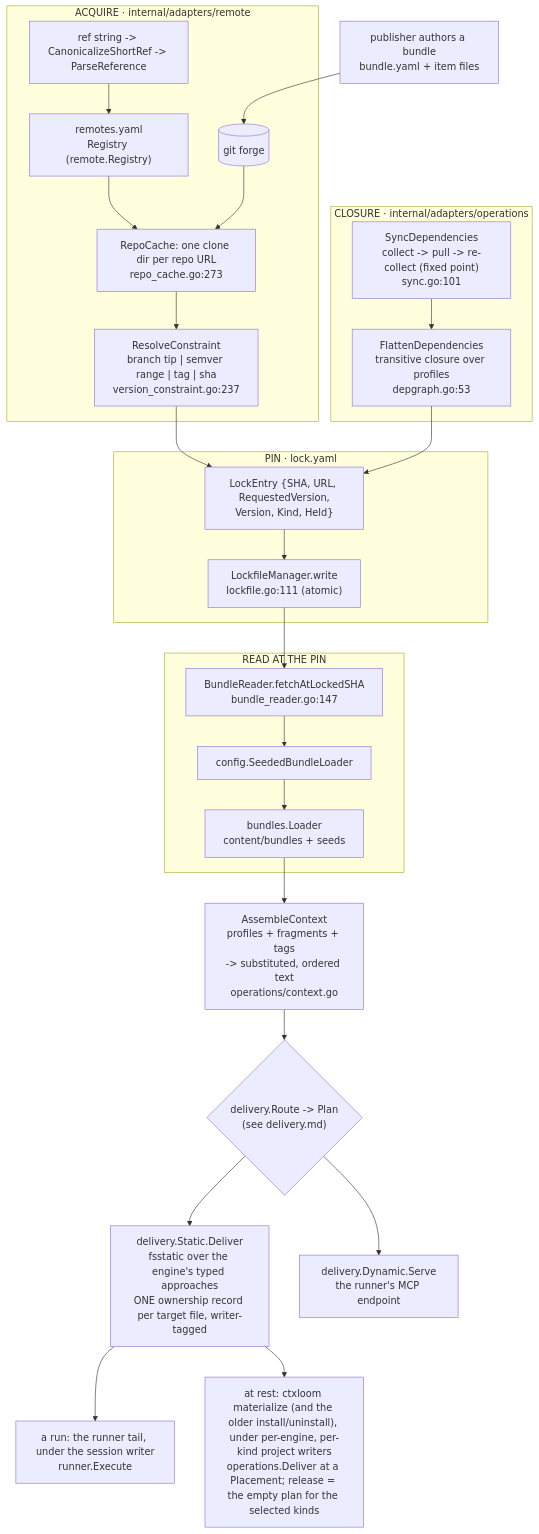
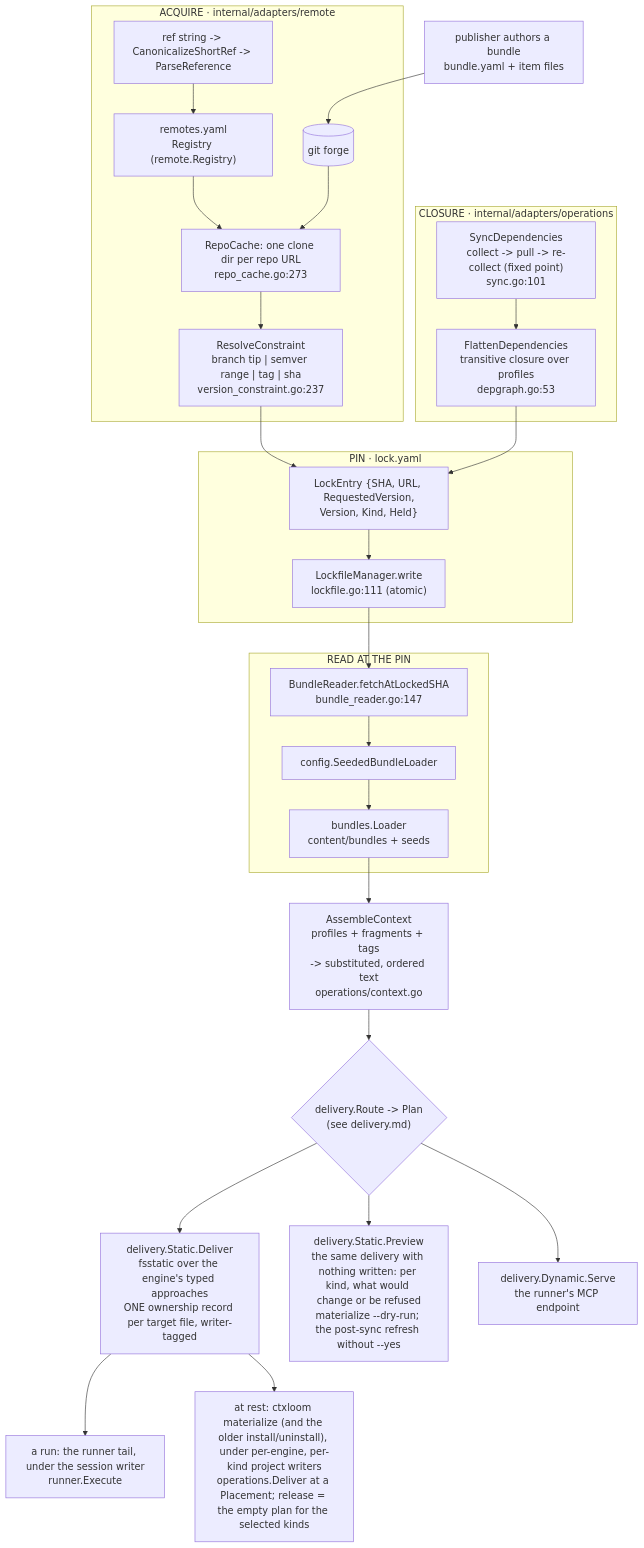
One commit to ctxloom/ctxloom changed the diagram in docs/architecture/core/README.md. Above: the diagram before and after it, drawn with Mermaid. The commit also changed 9 other files, not shown here.

````diff
--- a/docs/architecture/core/README.md
+++ b/docs/architecture/core/README.md
@@ -33,43 +33,44 @@
 ```mermaid
 flowchart TD
     AUTHOR["publisher authors a bundle<br/>bundle.yaml + item files"]
     AUTHOR --> FORGE[("git forge")]
 
     subgraph acquire["ACQUIRE · internal/adapters/remote"]
         REG["remotes.yaml<br/>Registry (remote.Registry)"]
         REF["ref string -> CanonicalizeShortRef -> ParseReference"]
         CACHE["RepoCache: one clone dir per repo URL<br/>repo_cache.go:273"]
         RESOLVE["ResolveConstraint<br/>branch tip | semver range | tag | sha<br/>version_constraint.go:237"]
         REF --> REG --> CACHE
         FORGE --> CACHE
         CACHE --> RESOLVE
     end
 
     subgraph pin["PIN · lock.yaml"]
         LOCK["LockEntry {SHA, URL, RequestedVersion,<br/>Version, Kind, Held}"]
         WRITE["LockfileManager.write<br/>lockfile.go:111 (atomic)"]
         RESOLVE --> LOCK --> WRITE
     end
 
     subgraph closure["CLOSURE · internal/adapters/operations"]
         SYNC["SyncDependencies<br/>collect -> pull -> re-collect (fixed point)<br/>sync.go:101"]
         FLAT["FlattenDependencies<br/>transitive closure over profiles<br/>depgraph.go:53"]
         SYNC --> FLAT --> LOCK
     end
 
     subgraph read["READ AT THE PIN"]
         BR["BundleReader.fetchAtLockedSHA<br/>bundle_reader.go:147"]
         SEED["config.SeededBundleLoader"]
         LOADER["bundles.Loader<br/>content/bundles + seeds"]
         WRITE --> BR --> SEED --> LOADER
     end
 
     LOADER --> ASM["AssembleContext<br/>profiles + fragments + tags<br/>-> substituted, ordered text<br/>operations/context.go"]
 
     ASM --> DELIVER{"delivery.Route -> Plan<br/>(see delivery.md)"}
     DELIVER --> STATIC["delivery.Static.Deliver<br/>fsstatic over the engine's typed approaches<br/>ONE ownership record per target file, writer-tagged"]
     STATIC --> RUN["a run: the runner tail, under the session writer<br/>runner.Execute"]
     STATIC --> MAT["at rest: ctxloom materialize (and the older install/uninstall), under per-engine, per-kind project writers<br/>operations.Deliver at a Placement; release = the empty plan for the selected kinds"]
+    DELIVER --> PREVIEW["delivery.Static.Preview<br/>the same delivery with nothing written: per kind, what would change or be refused<br/>materialize --dry-run; the post-sync refresh without --yes"]
     DELIVER --> DYN["delivery.Dynamic.Serve<br/>the runner's MCP endpoint"]
 
 ```
````
